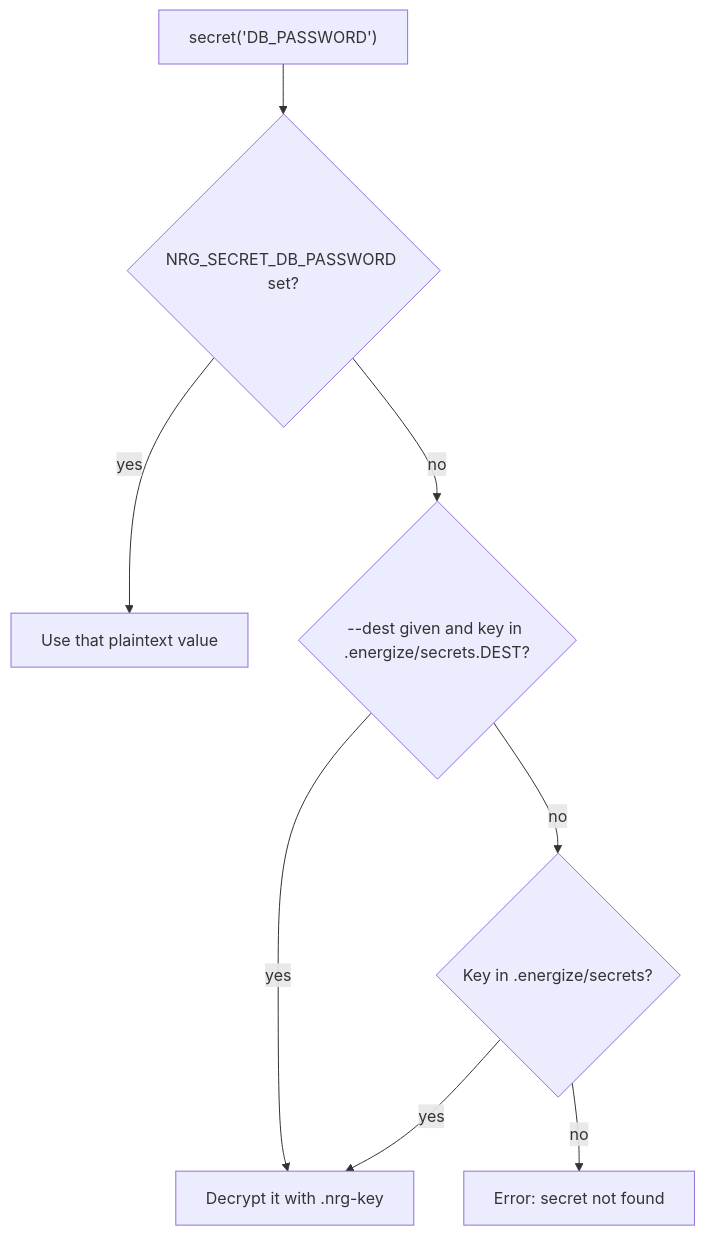
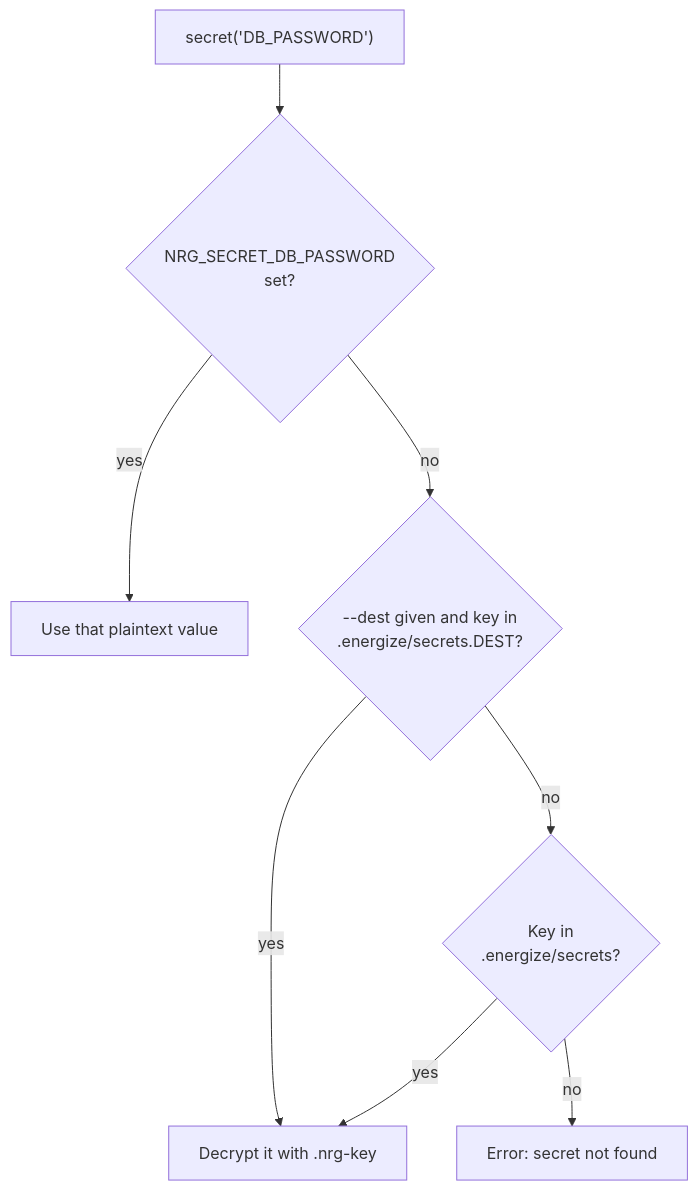
The diagram in docs/secrets.md (inou/nrgize-rs), drawn with Mermaid before and after one commit. The commit also changed 12 other files, not shown here.

````diff
--- a/docs/secrets.md
+++ b/docs/secrets.md
@@ -63,10 +63,10 @@
 ```mermaid
 flowchart TD
-    A["secret('DB_PASSWORD')"] --> B{"NRG_SECRET_DB_PASSWORD set?"}
+    A["secret('DB_PASSWORD')"] --> B{"NRG_SECRET_DB_PASSWORD<br/>set?"}
     B -->|yes| C["Use that plaintext value"]
-    B -->|no| D{"--dest given and key in .energize/secrets.DEST?"}
+    B -->|no| D{"--dest given and key in<br/>.energize/secrets.DEST?"}
     D -->|yes| E["Decrypt it with .nrg-key"]
-    D -->|no| F{"Key in .energize/secrets?"}
+    D -->|no| F{"Key in<br/>.energize/secrets?"}
     F -->|yes| E
     F -->|no| G["Error: secret not found"]
 ```
````
